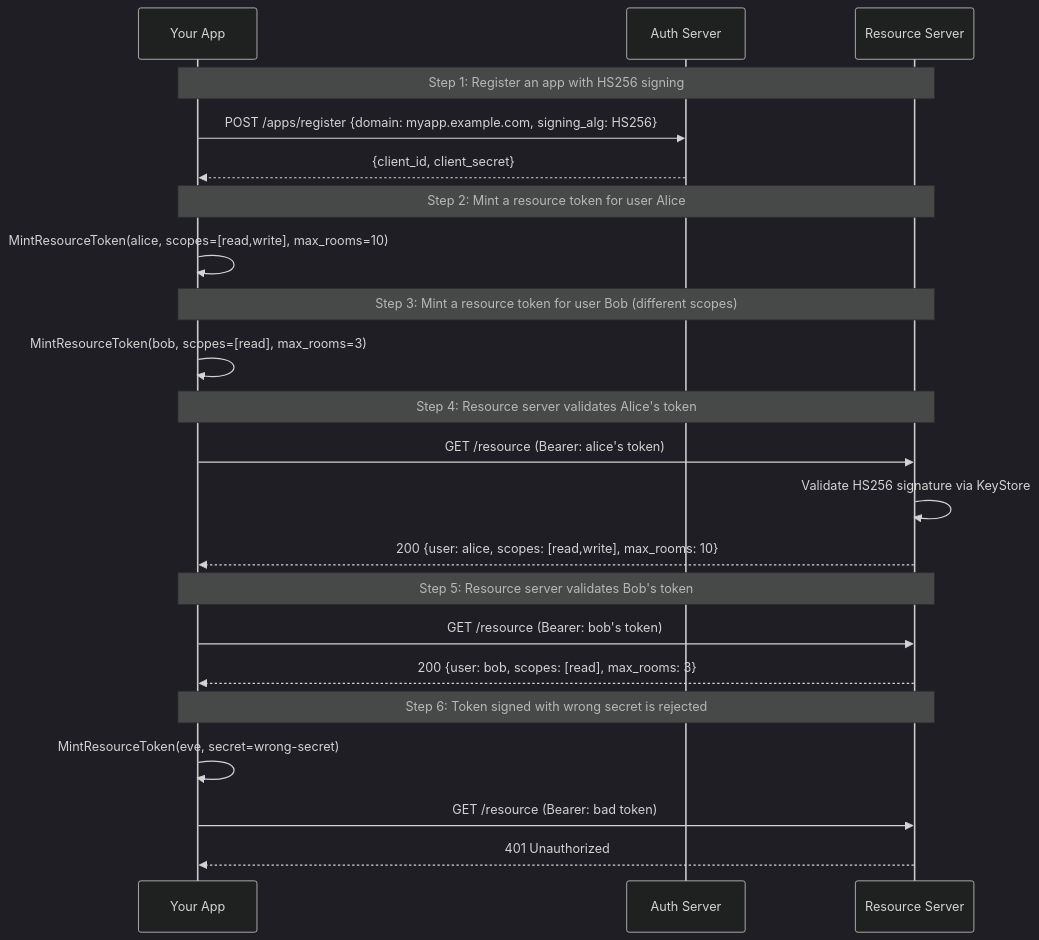
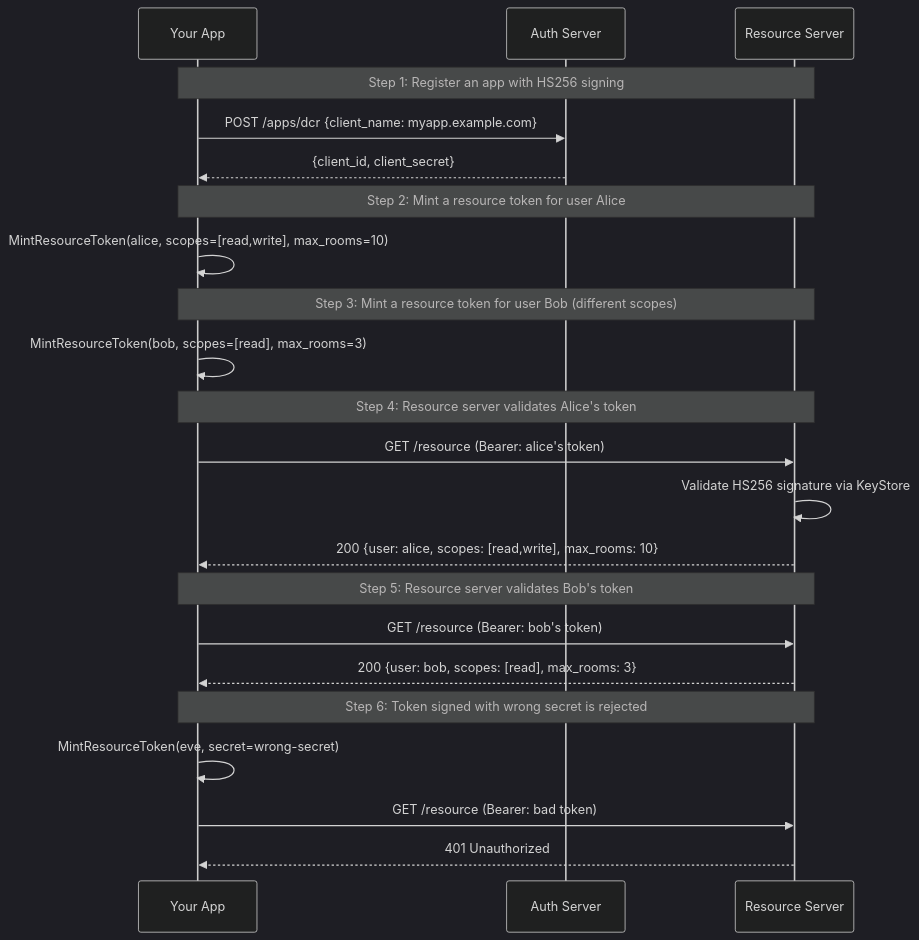
One commit to panyam/oneauth changed the diagram in examples/02-resource-token-hs256/WALKTHROUGH.md. Above: the diagram before and after it, drawn with Mermaid (dark theme). The commit also changed other lines of this file and 26 other files, not shown here.

````diff
--- a/examples/02-resource-token-hs256/WALKTHROUGH.md
+++ b/examples/02-resource-token-hs256/WALKTHROUGH.md
@@ -16,30 +16,30 @@
 ```mermaid
 sequenceDiagram
     participant App as Your App
     participant AS as Auth Server
     participant RS as Resource Server
 
     Note over App,RS: Step 1: Register an app with HS256 signing
-    App->>AS: POST /apps/register {domain: myapp.example.com, signing_alg: HS256}
+    App->>AS: POST /apps/dcr {client_name: myapp.example.com}
     AS-->>App: {client_id, client_secret}
 
     Note over App,RS: Step 2: Mint a resource token for user Alice
     App->>App: MintResourceToken(alice, scopes=[read,write], max_rooms=10)
 
     Note over App,RS: Step 3: Mint a resource token for user Bob (different scopes)
     App->>App: MintResourceToken(bob, scopes=[read], max_rooms=3)
 
     Note over App,RS: Step 4: Resource server validates Alice's token
     App->>RS: GET /resource (Bearer: alice's token)
     RS->>RS: Validate HS256 signature via KeyStore
     RS-->>App: 200 {user: alice, scopes: [read,write], max_rooms: 10}
 
     Note over App,RS: Step 5: Resource server validates Bob's token
     App->>RS: GET /resource (Bearer: bob's token)
     RS-->>App: 200 {user: bob, scopes: [read], max_rooms: 3}
 
     Note over App,RS: Step 6: Token signed with wrong secret is rejected
     App->>App: MintResourceToken(eve, secret=wrong-secret)
     App->>RS: GET /resource (Bearer: bad token)
     RS-->>App: 401 Unauthorized
 ```
````
